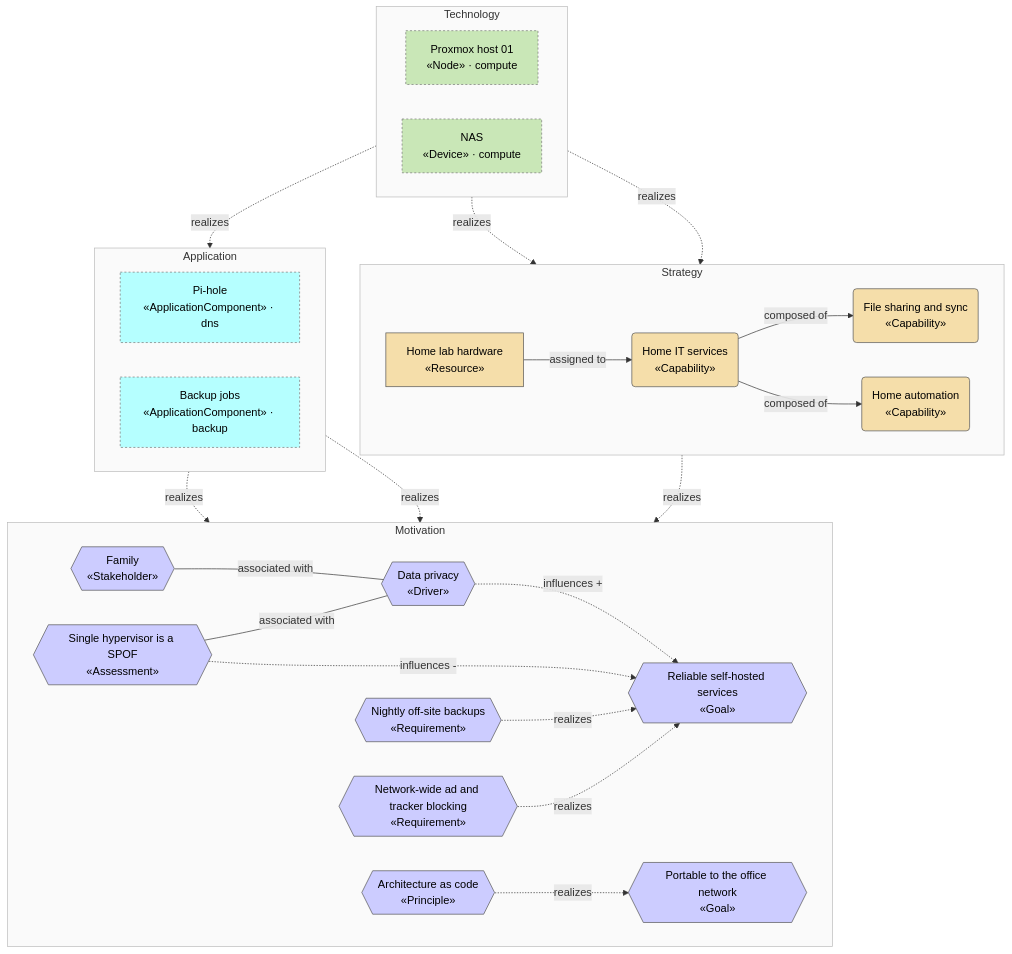
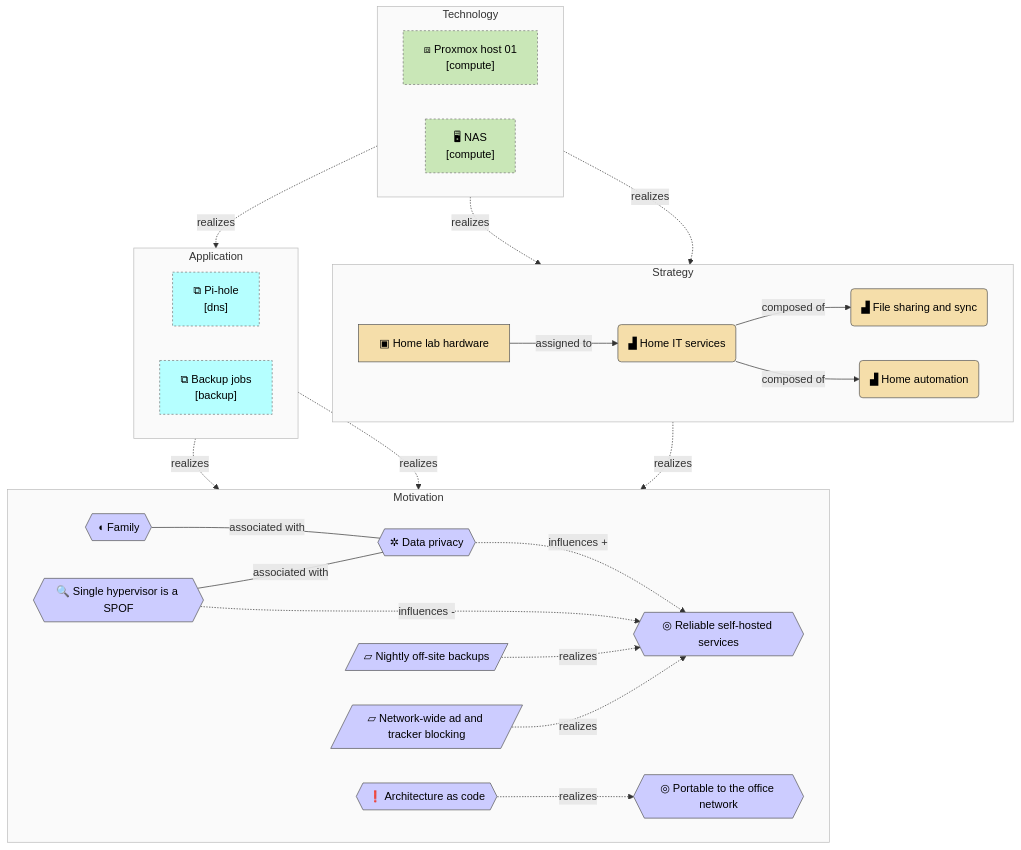
The diagram in docs/enterprise/view-motivation.md (b-zig/a4m), drawn with Mermaid before and after one commit. The commit also changed other lines of this file and 15 other files, not shown here.

First line of the commit message:
Approximate ArchiMate notation in Mermaid flowcharts

````diff
--- a/docs/enterprise/view-motivation.md
+++ b/docs/enterprise/view-motivation.md
@@ -8,61 +8,61 @@
 ```mermaid
 flowchart TB
   subgraph layer_motivation["Motivation"]
     direction LR
-    mot_family{{"Family<br/>«Stakeholder»"}}
-    mot_drv_privacy{{"Data privacy<br/>«Driver»"}}
-    mot_asm_single_host{{"Single hypervisor is a SPOF<br/>«Assessment»"}}
-    mot_goal_reliable{{"Reliable self-hosted services<br/>«Goal»"}}
-    mot_goal_portable{{"Portable to the office network<br/>«Goal»"}}
-    mot_pri_as_code{{"Architecture as code<br/>«Principle»"}}
-    mot_req_backup{{"Nightly off-site backups<br/>«Requirement»"}}
-    mot_req_dns_filter{{"Network-wide ad and tracker blocking<br/>«Requirement»"}}
+    mot_family@{ shape: hex, label: "◖ Family" }
+    mot_drv_privacy@{ shape: hex, label: "✲ Data privacy" }
+    mot_asm_single_host@{ shape: hex, label: "🔍 Single hypervisor is a SPOF" }
+    mot_goal_reliable@{ shape: hex, label: "◎ Reliable self-hosted services" }
+    mot_goal_portable@{ shape: hex, label: "◎ Portable to the office network" }
+    mot_pri_as_code@{ shape: hex, label: "❗ Architecture as code" }
+    mot_req_backup@{ shape: lean-r, label: "▱ Nightly off-site backups" }
+    mot_req_dns_filter@{ shape: lean-r, label: "▱ Network-wide ad and tracker blocking" }
   end
   subgraph layer_strategy["Strategy"]
     direction LR
-    str_cap_home_it("Home IT services<br/>«Capability»")
-    str_cap_file_sharing("File sharing and sync<br/>«Capability»")
-    str_cap_home_automation("Home automation<br/>«Capability»")
-    str_res_hardware["Home lab hardware<br/>«Resource»"]
+    str_cap_home_it@{ shape: rounded, label: "▟ Home IT services" }
+    str_cap_file_sharing@{ shape: rounded, label: "▟ File sharing and sync" }
+    str_cap_home_automation@{ shape: rounded, label: "▟ Home automation" }
+    str_res_hardware@{ shape: rect, label: "▣ Home lab hardware" }
   end
   subgraph layer_application["Application"]
     direction LR
-    dns__app_pihole["Pi-hole<br/>«ApplicationComponent» · dns"]
-    backup__app_backup["Backup jobs<br/>«ApplicationComponent» · backup"]
+    dns__app_pihole@{ shape: rect, label: "⧉ Pi-hole<br/>[dns]" }
+    backup__app_backup@{ shape: rect, label: "⧉ Backup jobs<br/>[backup]" }
   end
   subgraph layer_technology["Technology"]
     direction LR
-    compute__tech_pve_01["Proxmox host 01<br/>«Node» · compute"]
-    compute__tech_nas["NAS<br/>«Device» · compute"]
+    compute__tech_pve_01@{ shape: rect, label: "⧈ Proxmox host 01<br/>[compute]" }
+    compute__tech_nas@{ shape: rect, label: "🖥 NAS<br/>[compute]" }
   end
   mot_family ---|"associated with"| mot_drv_privacy
   mot_drv_privacy -.->|"influences +"| mot_goal_reliable
   mot_asm_single_host ---|"associated with"| mot_drv_privacy
   mot_asm_single_host -.->|"influences -"| mot_goal_reliable
   mot_pri_as_code -.->|"realizes"| mot_goal_portable
   mot_req_backup -.->|"realizes"| mot_goal_reliable
   mot_req_dns_filter -.->|"realizes"| mot_goal_reliable
   str_cap_home_it -->|"composed of"| str_cap_file_sharing
   str_cap_home_it -->|"composed of"| str_cap_home_automation
   str_cap_home_it -.->|"realizes"| mot_goal_reliable
   str_res_hardware -->|"assigned to"| str_cap_home_it
   backup__app_backup -.->|"realizes"| mot_req_backup
   compute__tech_nas -.->|"realizes"| backup__app_backup
   compute__tech_pve_01 -.->|"realizes"| str_res_hardware
   compute__tech_nas -.->|"realizes"| str_res_hardware
   dns__app_pihole -.->|"realizes"| mot_req_dns_filter
   classDef motivation fill:#CCCCFF,stroke:#555,color:#000
   class mot_family,mot_drv_privacy,mot_asm_single_host,mot_goal_reliable,mot_goal_portable,mot_pri_as_code,mot_req_backup,mot_req_dns_filter motivation
   style layer_motivation fill:#fafafa,stroke:#bbb
   classDef strategy fill:#F5DEAA,stroke:#555,color:#000
   class str_cap_home_it,str_cap_file_sharing,str_cap_home_automation,str_res_hardware strategy
   style layer_strategy fill:#fafafa,stroke:#bbb
   classDef application fill:#B5FFFF,stroke:#555,color:#000
   class dns__app_pihole,backup__app_backup application
   style layer_application fill:#fafafa,stroke:#bbb
   classDef technology fill:#C9E7B7,stroke:#555,color:#000
   class compute__tech_pve_01,compute__tech_nas technology
   style layer_technology fill:#fafafa,stroke:#bbb
   classDef foreign stroke:#777,stroke-dasharray:3 3
   class dns__app_pihole,backup__app_backup,compute__tech_pve_01,compute__tech_nas foreign
 ```
````
